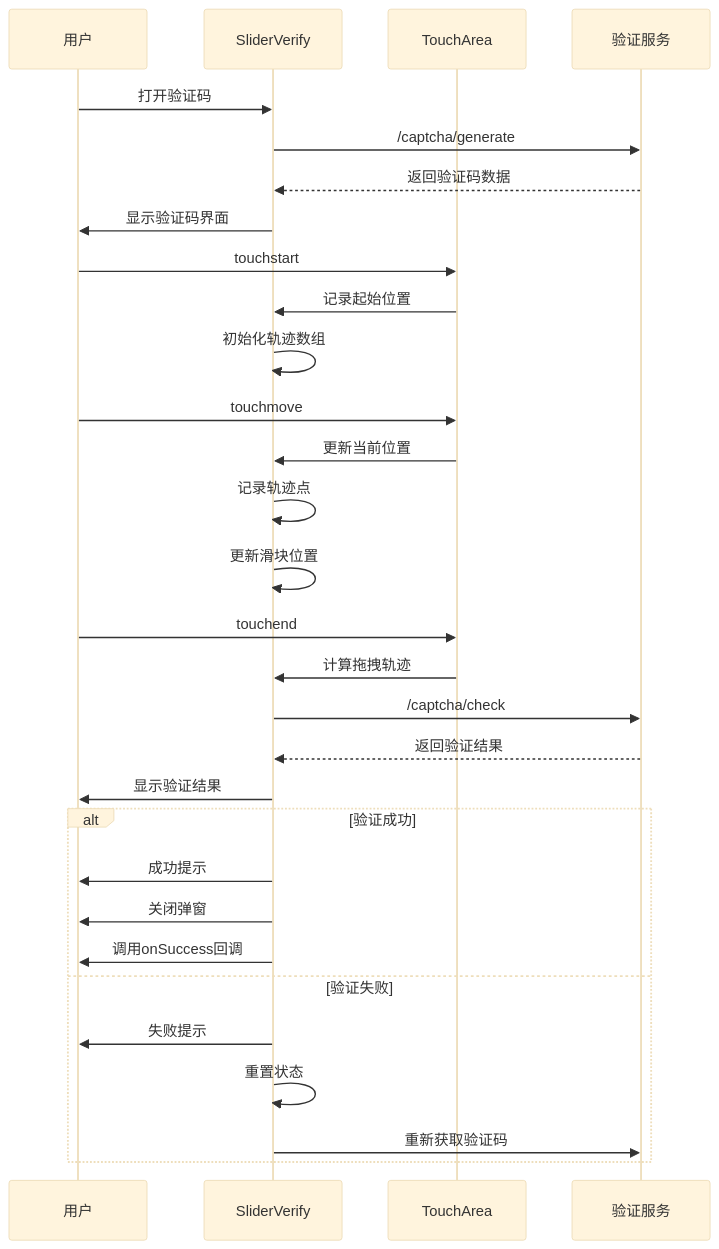
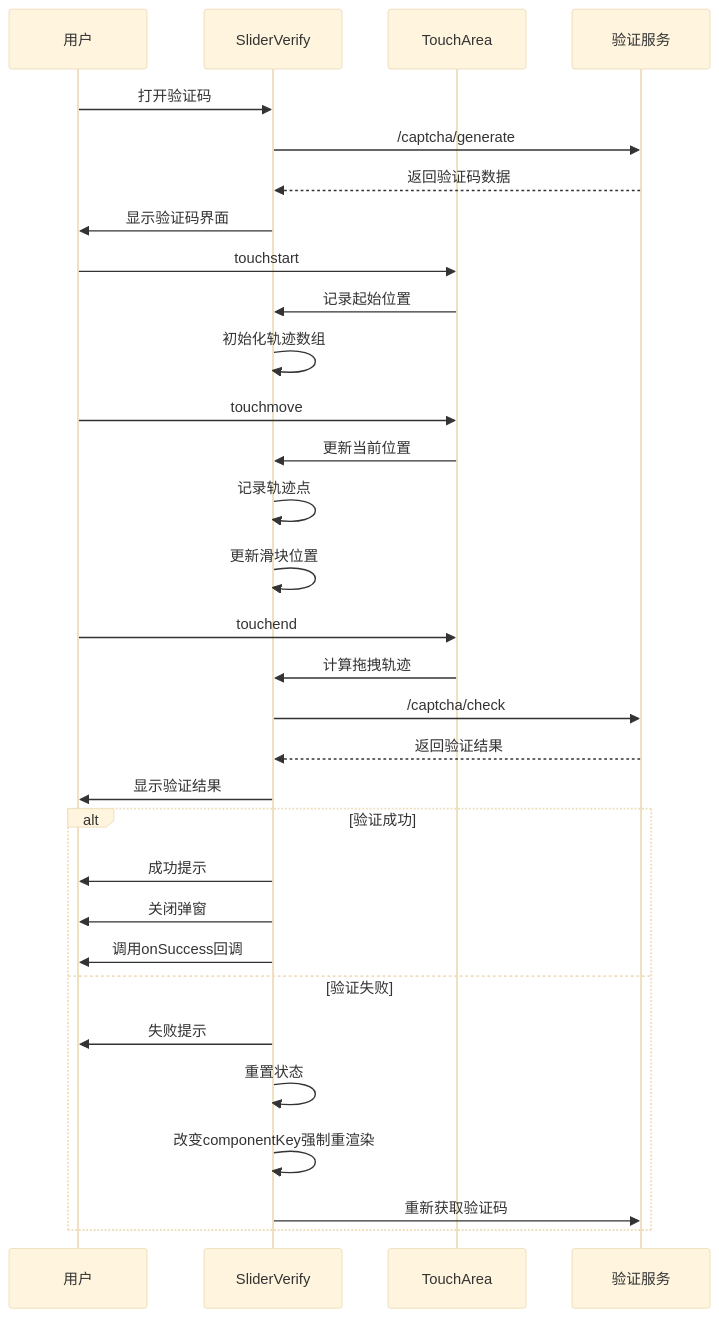
Before and after one commit to zuolinbao/redbook: the fourth of 14 diagrams in .qoder/repowiki/zh/content/UI组件库/滑动验证码组件.md, drawn with Mermaid (base theme). The commit also changed other lines of this file and 23 other files, not shown here.

````diff
--- a/.qoder/repowiki/zh/content/UI组件库/滑动验证码组件.md
+++ b/.qoder/repowiki/zh/content/UI组件库/滑动验证码组件.md
@@ -170,32 +174,33 @@
 ```mermaid
 sequenceDiagram
 participant U as 用户
 participant SV as SliderVerify
 participant TA as TouchArea
 participant API as 验证服务
 U->>SV : 打开验证码
 SV->>API : /captcha/generate
 API-->>SV : 返回验证码数据
 SV->>U : 显示验证码界面
 U->>TA : touchstart
 TA->>SV : 记录起始位置
 SV->>SV : 初始化轨迹数组
 U->>TA : touchmove
 TA->>SV : 更新当前位置
 SV->>SV : 记录轨迹点
 SV->>SV : 更新滑块位置
 U->>TA : touchend
 TA->>SV : 计算拖拽轨迹
 SV->>API : /captcha/check
 API-->>SV : 返回验证结果
 SV->>U : 显示验证结果
 alt 验证成功
 SV->>U : 成功提示
 SV->>U : 关闭弹窗
 SV->>U : 调用onSuccess回调
 else 验证失败
 SV->>U : 失败提示
 SV->>SV : 重置状态
+SV->>SV : 改变componentKey强制重渲染
 SV->>API : 重新获取验证码
 end
 ```
````
